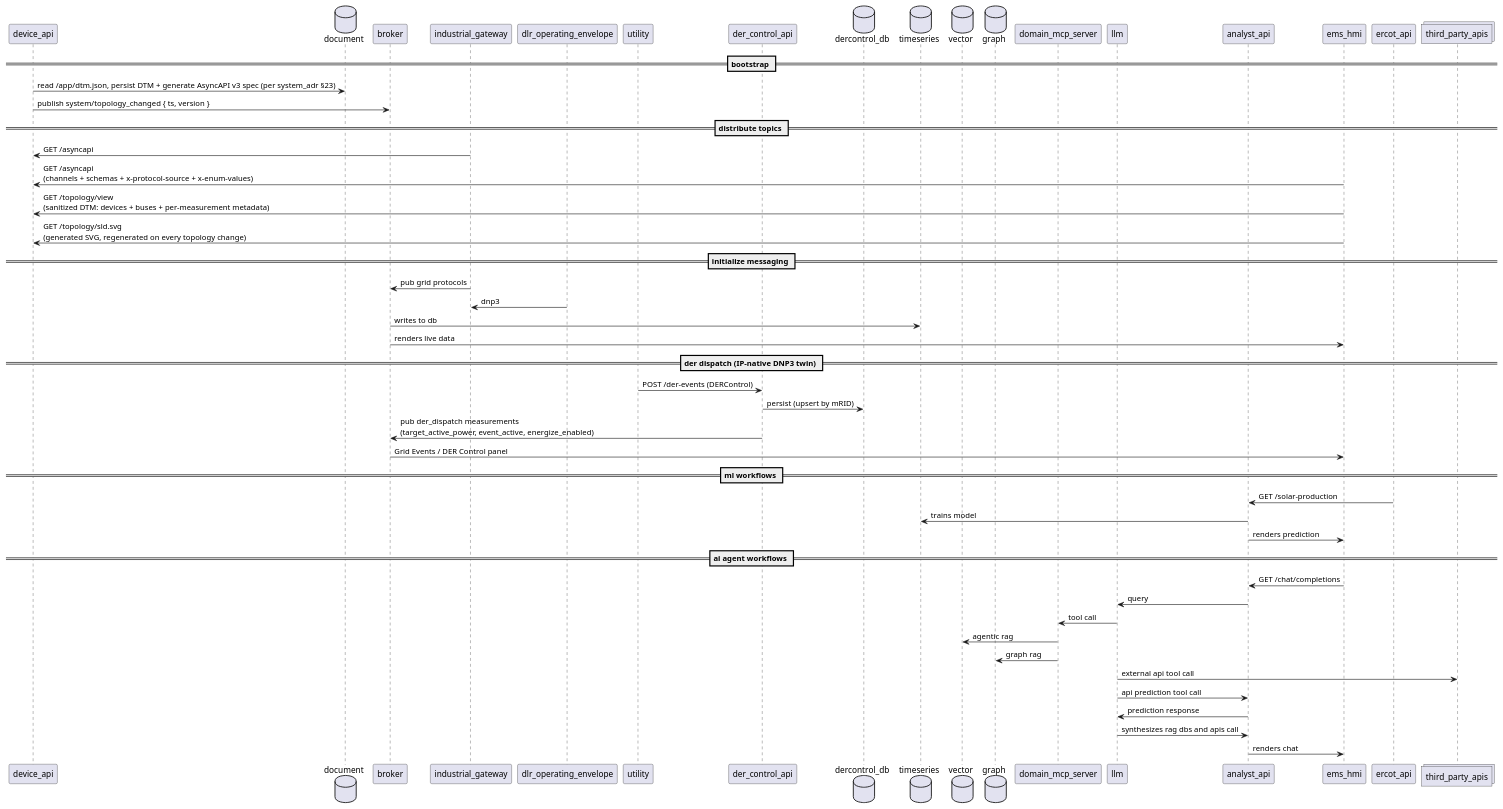
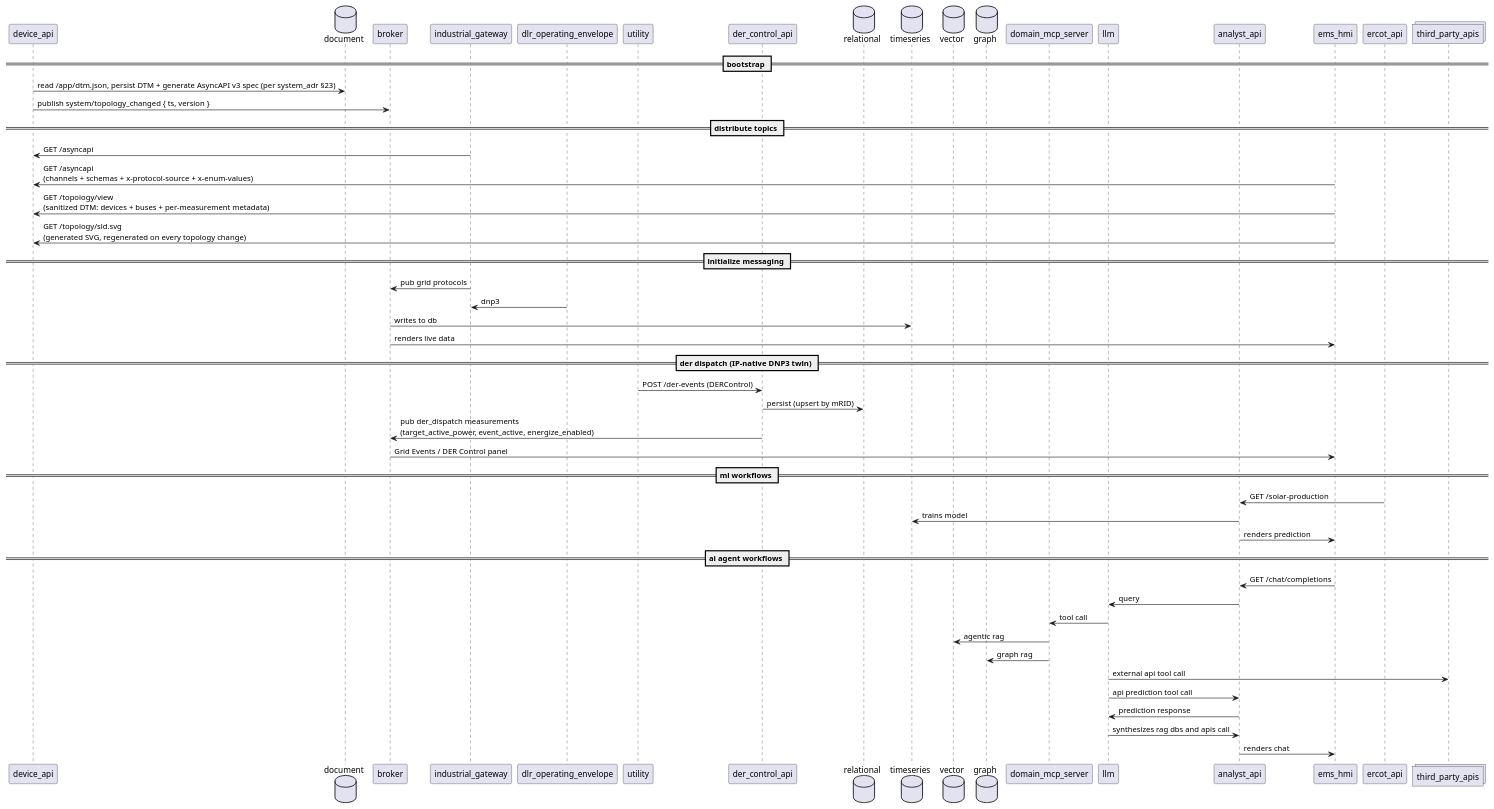
Before and after one commit to arcnode-io/ems: the second of 6 diagrams in readme.md, drawn with PlantUML. The commit also changed other lines of this file, not shown here.

Commit message:
📐 docs(diagrams): rename dercontrol_db to relational, utility to cloud actor

````diff
--- a/readme.md
+++ b/readme.md
@@ -72,52 +72,52 @@
 ```plantuml
 participant device_api
 database document
 participant broker
 participant industrial_gateway
 participant dlr_operating_envelope
 participant utility
 participant der_control_api
-database dercontrol_db
+database relational
 database timeseries
 database vector
 database graph
 participant domain_mcp_server
 participant llm
 participant analyst_api
 participant ems_hmi
 participant ercot_api
 collections third_party_apis
 == bootstrap ==
 device_api -> document: read /app/dtm.json, persist DTM + generate AsyncAPI v3 spec (per system_adr §23)
 device_api -> broker: publish system/topology_changed { ts, version }
 == distribute topics ==
 industrial_gateway -> device_api: GET /asyncapi
 ems_hmi -> device_api: GET /asyncapi\n(channels + schemas + x-protocol-source + x-enum-values)
 ems_hmi -> device_api: GET /topology/view\n(sanitized DTM: devices + buses + per-measurement metadata)
 ems_hmi -> device_api: GET /topology/sld.svg\n(generated SVG, regenerated on every topology change)
 ==  initialize messaging ==
 industrial_gateway -> broker: pub grid protocols
 dlr_operating_envelope -> industrial_gateway: dnp3
 broker -> timeseries: writes to db
 broker -> ems_hmi: renders live data
 == der dispatch (IP-native DNP3 twin) ==
 utility -> der_control_api: POST /der-events (DERControl)
-der_control_api -> dercontrol_db: persist (upsert by mRID)
+der_control_api -> relational: persist (upsert by mRID)
 der_control_api -> broker: pub der_dispatch measurements\n(target_active_power, event_active, energize_enabled)
 broker -> ems_hmi: Grid Events / DER Control panel
 == ml workflows ==
 ercot_api -> analyst_api: GET /solar-production
 timeseries <- analyst_api: trains model
 analyst_api -> ems_hmi: renders prediction
 == ai agent workflows ==
 ems_hmi -> analyst_api: GET /chat/completions  
 analyst_api -> llm: query
 llm -> domain_mcp_server: tool call
 domain_mcp_server -> vector: agentic rag
 domain_mcp_server -> graph: graph rag
 llm -> third_party_apis: external api tool call
 llm -> analyst_api: api prediction tool call
 analyst_api -> llm: prediction response
 llm -> analyst_api: synthesizes rag dbs and apis call
 analyst_api -> ems_hmi: renders chat
 ```
````
